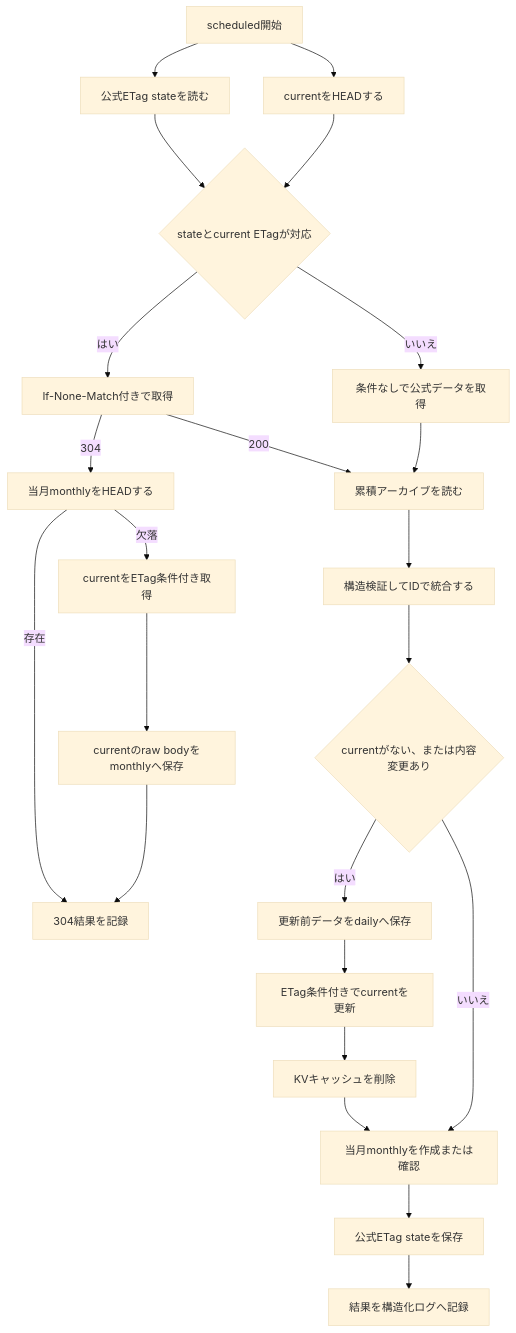
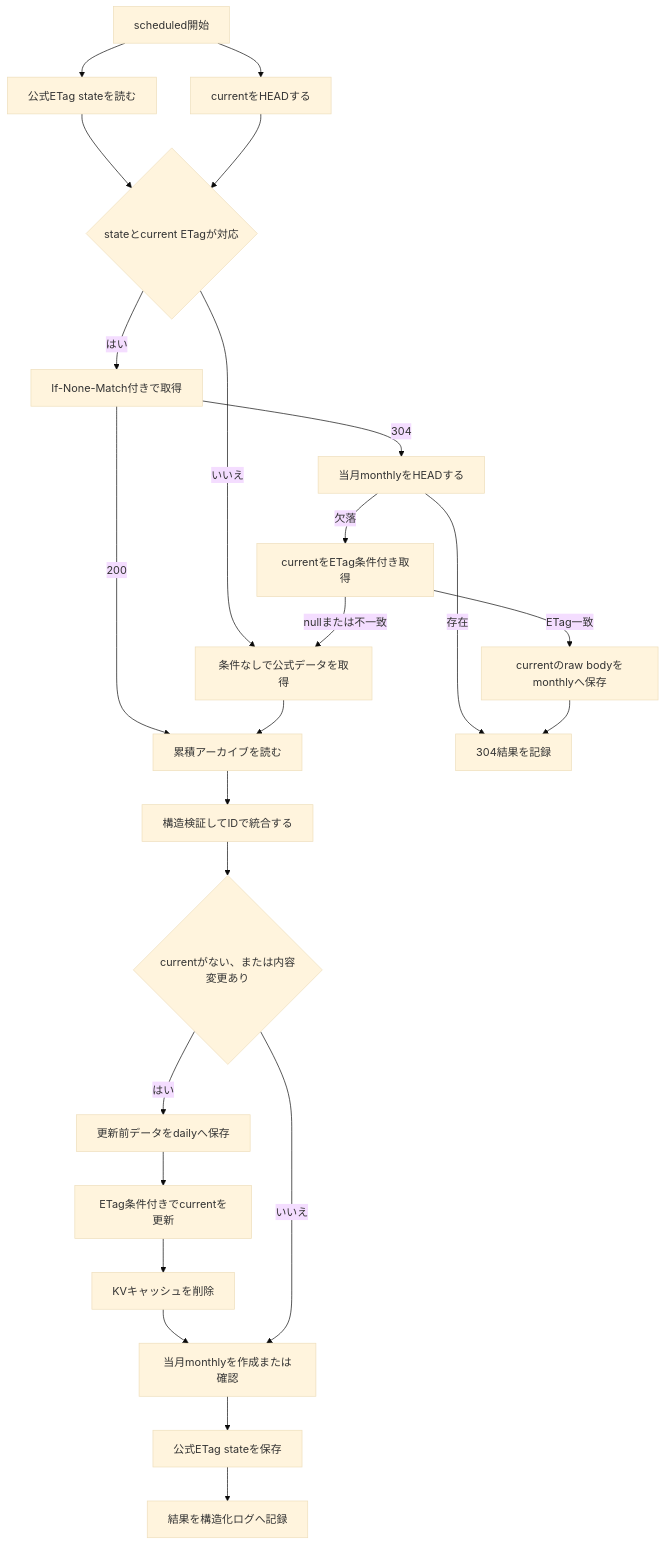
One commit to reamkf/kf3-notification-search changed the diagram in docs/news-archive-spec.md. Above: the diagram before and after it, drawn with Mermaid (base theme). The commit also changed other lines of this file and 5 other files, not shown here.

Commit message:
docs: update news archive fetch flow documentation

````diff
--- a/docs/news-archive-spec.md
+++ b/docs/news-archive-spec.md
@@ -131,25 +131,26 @@
 ```mermaid
 flowchart TD
     Start[scheduled開始] --> State[公式ETag stateを読む]
     Start --> Head[currentをHEADする]
     State --> Eligible{stateとcurrent ETagが対応}
     Head --> Eligible
     Eligible -->|いいえ| FullFetch[条件なしで公式データを取得]
     Eligible -->|はい| ConditionalFetch[If-None-Match付きで取得]
     ConditionalFetch -->|200| Read[累積アーカイブを読む]
     FullFetch --> Read
     ConditionalFetch -->|304| MonthlyCheck[当月monthlyをHEADする]
     MonthlyCheck -->|存在| Log304[304結果を記録]
-    MonthlyCheck -->|欠落| StreamCurrent[currentをETag条件付き取得]
-    StreamCurrent --> MonthlyCreate[currentのraw bodyをmonthlyへ保存]
+    MonthlyCheck -->|欠落| CurrentIfEtag[currentをETag条件付き取得]
+    CurrentIfEtag -->|ETag一致| MonthlyCreate[currentのraw bodyをmonthlyへ保存]
+    CurrentIfEtag -->|nullまたは不一致| FullFetch
     Read --> Validate[構造検証してIDで統合する]
     Validate --> Changed{currentがない、または内容変更あり}
     Changed -->|はい| Daily[更新前データをdailyへ保存]
     Daily --> Current[ETag条件付きでcurrentを更新]
     Current --> Cache[KVキャッシュを削除]
     Cache --> Monthly[当月monthlyを作成または確認]
     Changed -->|いいえ| Monthly
     Monthly --> StateSave[公式ETag stateを保存]
     StateSave --> Log[結果を構造化ログへ記録]
     MonthlyCreate --> Log304
 ```
````
